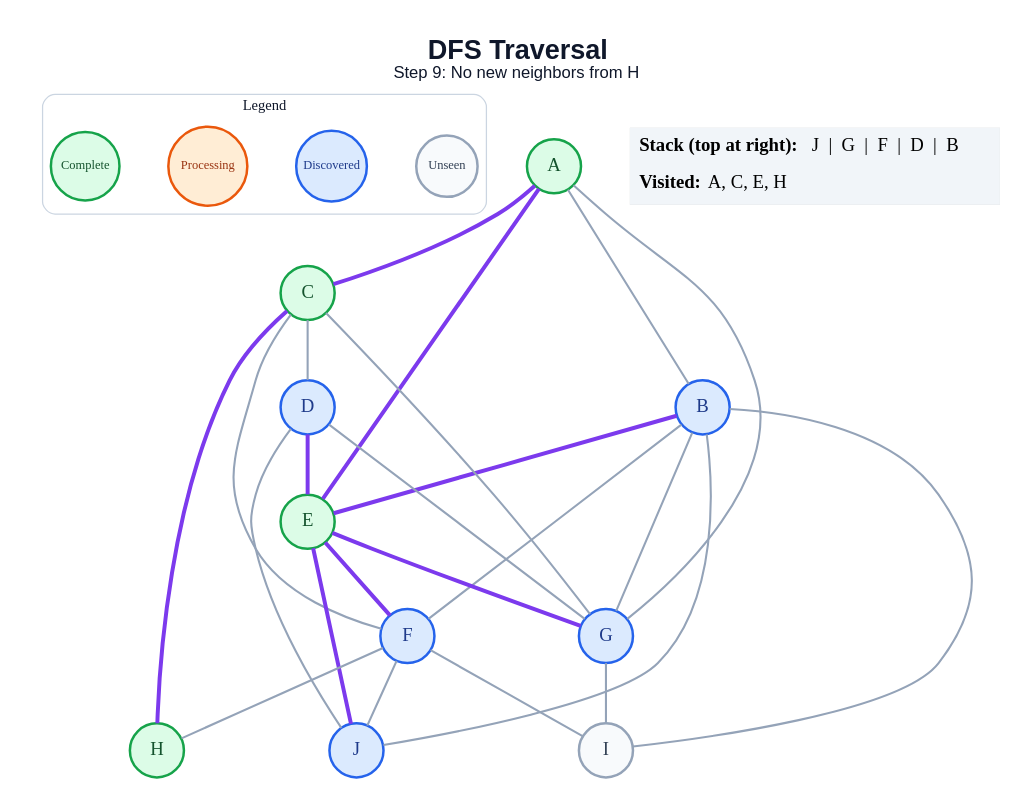
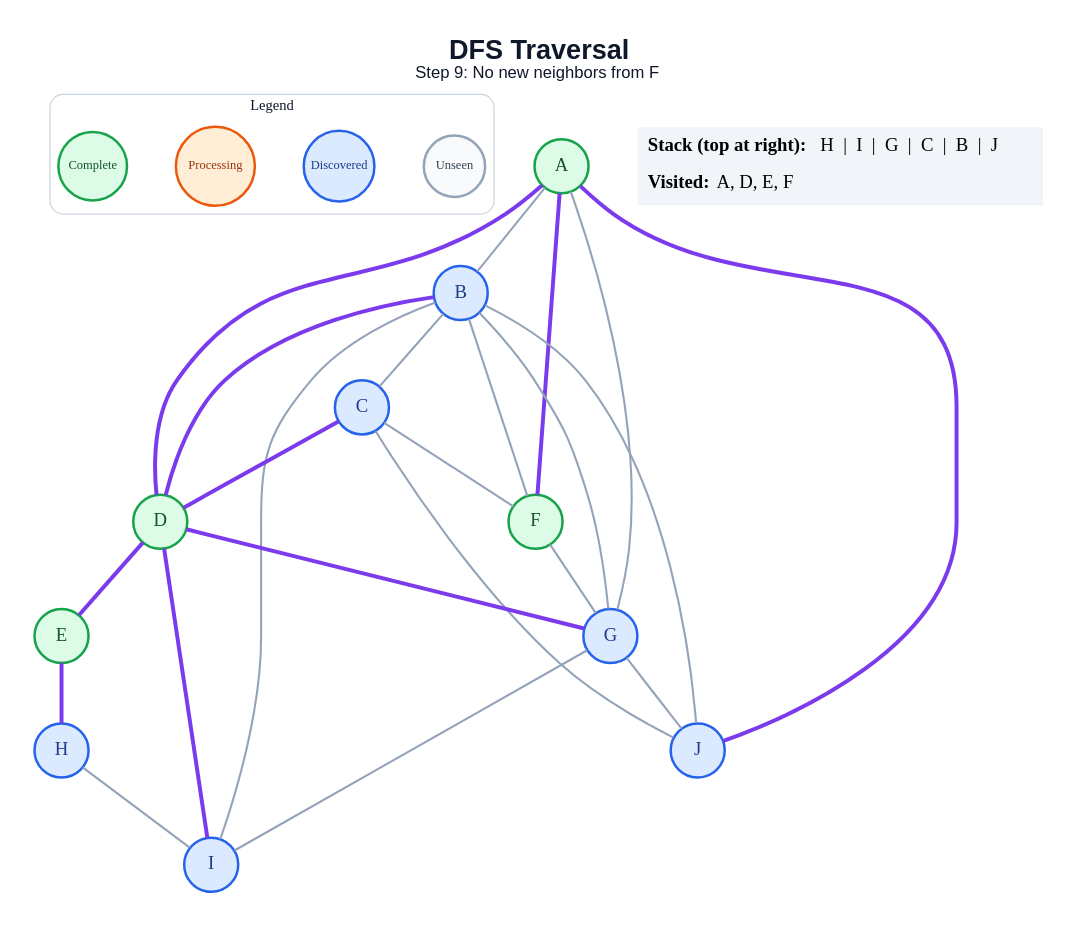
The diagram in generated/specific-node/dfs/step_09.dot (amanghodawala9/ai-slop), drawn with Graphviz before and after one commit. The commit also changed 178 other files, not shown here.

```diff
--- a/generated/specific-node/dfs/step_09.dot
+++ b/generated/specific-node/dfs/step_09.dot
@@ -1,52 +1,51 @@
 graph traversal {
   graph [layout=dot, rankdir=TB, bgcolor="#FFFFFF", pad="0.35", nodesep="0.65", ranksep="0.8", fontname="Arial"];
   node [shape=circle, style="filled", fontname="Arial Bold", fontsize=18, width=0.72, fixedsize=true, penwidth=2.4];
   edge [color="#94A3B8", penwidth=2.0];
-  label=<<B>DFS Traversal</B><BR/><FONT POINT-SIZE="16">Step 9: No new neighbors from H</FONT>>; labelloc="t"; fontsize=26; fontname="Arial"; fontcolor="#0F172A";
+  label=<<B>DFS Traversal</B><BR/><FONT POINT-SIZE="16">Step 9: No new neighbors from F</FONT>>; labelloc="t"; fontsize=26; fontname="Arial"; fontcolor="#0F172A";
   subgraph cluster_legend { label="Legend"; color="#CBD5E1"; penwidth=1.2; style="rounded"; fontsize=14; fontname="Arial Bold";
     key_unseen [label="Unseen", fillcolor="#F8FAFC", color="#94A3B8", fontcolor="#334155", fontsize=12, width=0.82];
     key_frontier [label="Discovered", fillcolor="#DBEAFE", color="#2563EB", fontcolor="#1E3A8A", fontsize=12, width=0.95];
     key_current [label="Processing", fillcolor="#FFEDD5", color="#EA580C", fontcolor="#9A3412", fontsize=12, width=1.05];
     key_done [label="Complete", fillcolor="#DCFCE7", color="#16A34A", fontcolor="#14532D", fontsize=12, width=0.92];
     { rank=same; key_unseen; key_frontier; key_current; key_done; }
   }
   A [fillcolor="#DCFCE7", color="#16A34A", fontcolor="#14532D"];
   B [fillcolor="#DBEAFE", color="#2563EB", fontcolor="#1E3A8A"];
-  C [fillcolor="#DCFCE7", color="#16A34A", fontcolor="#14532D"];
-  D [fillcolor="#DBEAFE", color="#2563EB", fontcolor="#1E3A8A"];
+  C [fillcolor="#DBEAFE", color="#2563EB", fontcolor="#1E3A8A"];
+  D [fillcolor="#DCFCE7", color="#16A34A", fontcolor="#14532D"];
   E [fillcolor="#DCFCE7", color="#16A34A", fontcolor="#14532D"];
-  F [fillcolor="#DBEAFE", color="#2563EB", fontcolor="#1E3A8A"];
+  F [fillcolor="#DCFCE7", color="#16A34A", fontcolor="#14532D"];
   G [fillcolor="#DBEAFE", color="#2563EB", fontcolor="#1E3A8A"];
-  H [fillcolor="#DCFCE7", color="#16A34A", fontcolor="#14532D"];
-  I [fillcolor="#F8FAFC", color="#94A3B8", fontcolor="#334155"];
+  H [fillcolor="#DBEAFE", color="#2563EB", fontcolor="#1E3A8A"];
+  I [fillcolor="#DBEAFE", color="#2563EB", fontcolor="#1E3A8A"];
   J [fillcolor="#DBEAFE", color="#2563EB", fontcolor="#1E3A8A"];
   A -- B;
-  A -- C [color="#7C3AED", penwidth=3.8];
-  A -- E [color="#7C3AED", penwidth=3.8];
+  A -- D [color="#7C3AED", penwidth=3.8];
+  A -- F [color="#7C3AED", penwidth=3.8];
   A -- G;
-  B -- E [color="#7C3AED", penwidth=3.8];
+  A -- J [color="#7C3AED", penwidth=3.8];
+  B -- C;
+  B -- D [color="#7C3AED", penwidth=3.8];
   B -- F;
   B -- G;
   B -- I;
   B -- J;
-  C -- D;
+  C -- D [color="#7C3AED", penwidth=3.8];
   C -- F;
-  C -- G;
-  C -- H [color="#7C3AED", penwidth=3.8];
+  C -- J;
   D -- E [color="#7C3AED", penwidth=3.8];
-  D -- G;
-  D -- J;
-  E -- F [color="#7C3AED", penwidth=3.8];
-  E -- G [color="#7C3AED", penwidth=3.8];
-  E -- J [color="#7C3AED", penwidth=3.8];
-  F -- H;
-  F -- I;
-  F -- J;
+  D -- G [color="#7C3AED", penwidth=3.8];
+  D -- I [color="#7C3AED", penwidth=3.8];
+  E -- H [color="#7C3AED", penwidth=3.8];
+  F -- G;
   G -- I;
+  G -- J;
+  H -- I;
   status [shape=plain, fixedsize=false, width=0, height=0, margin=0, label=<
     <TABLE BORDER="0" CELLBORDER="0" CELLPADDING="7" BGCOLOR="#F1F5F9">
-      <TR><TD ALIGN="LEFT"><B>Stack (top at right):</B> J  |  G  |  F  |  D  |  B</TD></TR>
-      <TR><TD ALIGN="LEFT"><B>Visited:</B> A, C, E, H</TD></TR>
+      <TR><TD ALIGN="LEFT"><B>Stack (top at right):</B> H  |  I  |  G  |  C  |  B  |  J</TD></TR>
+      <TR><TD ALIGN="LEFT"><B>Visited:</B> A, D, E, F</TD></TR>
     </TABLE>
   >];
 }
```
